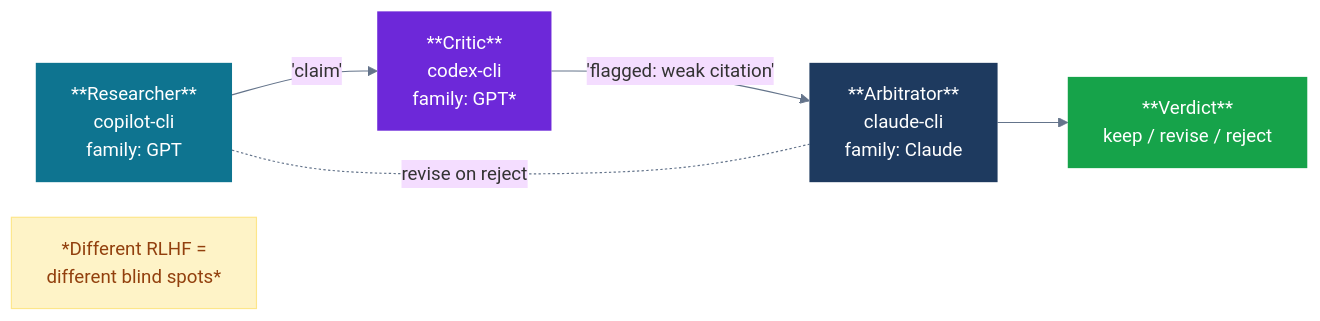
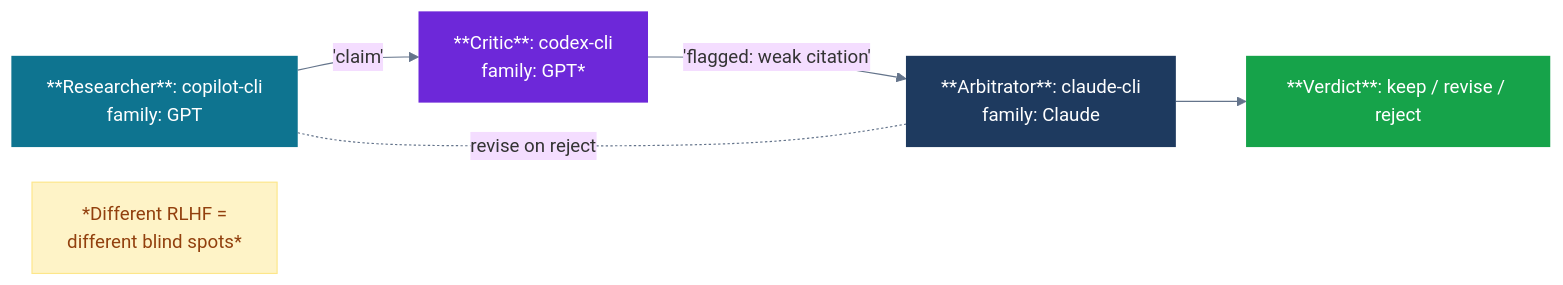
Before and after one commit to josefigueredo/multillm-adversarial-convergence: the diagram in docs/showcase/patterns/09-adversarial-critique.mmd, drawn with Mermaid. The commit also changed 59 other files, not shown here.

```diff
--- a/docs/showcase/patterns/09-adversarial-critique.mmd
+++ b/docs/showcase/patterns/09-adversarial-critique.mmd
@@ -1,19 +1,19 @@
 %%{init: {'theme': 'base', 'themeVariables': {'fontSize': '16px', 'lineColor': '#64748b'}, 'flowchart': {'rankSpacing': 60, 'nodeSpacing': 30, 'curve': 'basis'}}}%%
 flowchart LR
-    R["**Researcher**\ncopilot-cli\nfamily: GPT"]
-    C["**Critic**\ncodex-cli\nfamily: GPT*"]
-    A["**Arbitrator**\nclaude-cli\nfamily: Claude"]
-    OK["**Verdict**\nkeep / revise / reject"]
+    R["**Researcher**: copilot-cli\nfamily: GPT"]
+    C["**Critic**: codex-cli\nfamily: GPT*"]
+    A["**Arbitrator**: claude-cli\nfamily: Claude"]
+    OK["**Verdict**: keep / revise / reject"]
 
     R -- 'claim' --> C
     C -- 'flagged: weak citation' --> A
     R -. revise on reject .- A
     A --> OK
 
     note["*Different RLHF =\ndifferent blind spots*"]
     style note fill:#fef3c7,color:#92400e,stroke:#fde68a
 
     style R fill:#0e7490,color:#fff,stroke:none
     style C fill:#6d28d9,color:#fff,stroke:none
     style A fill:#1e3a5f,color:#fff,stroke:none
     style OK fill:#16a34a,color:#fff,stroke:none
```
